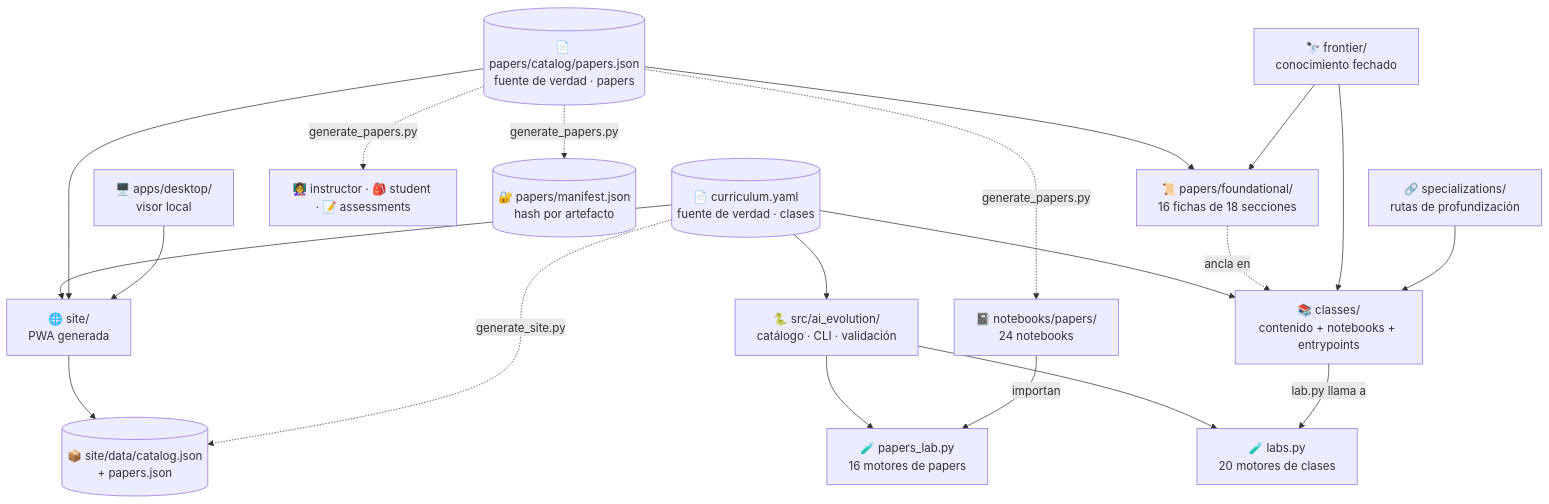
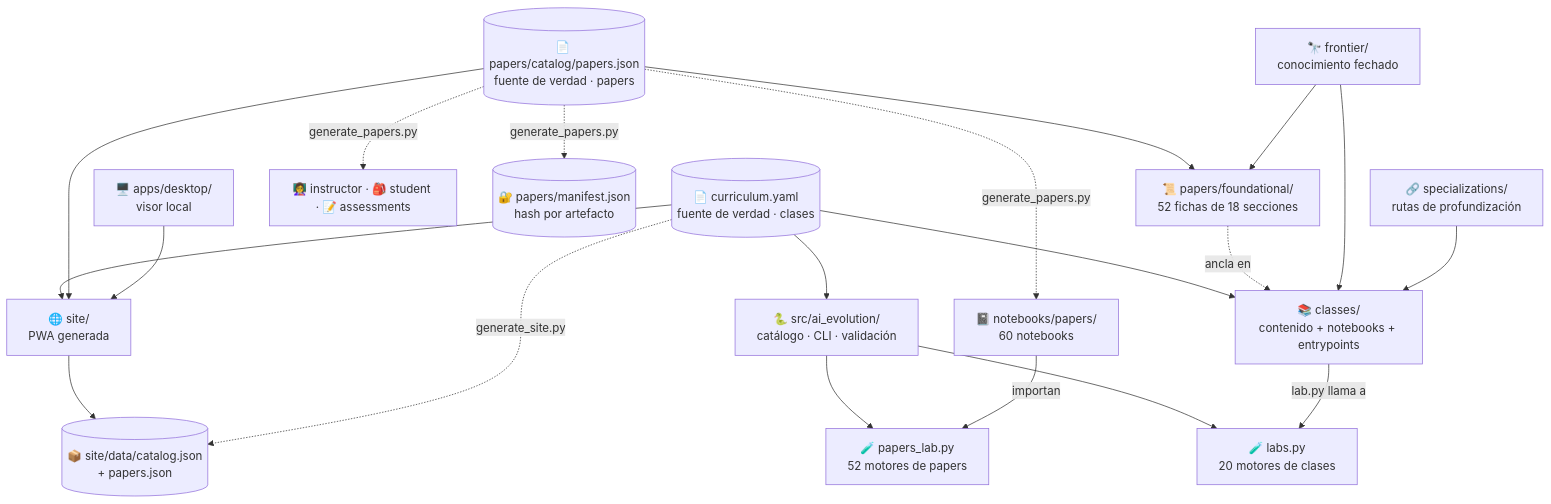
Before and after one commit to vladimiracunadev-create/artificial-intelligence-evolution-program: the diagram in docs/ARCHITECTURE.md, drawn with Mermaid. The commit also changed other lines of this file and 180 other files, not shown here.

First line of the commit message:
v0.8.0: el eje de papers queda completo en 52 fichas + barrido de coherencia

````diff
--- a/docs/ARCHITECTURE.md
+++ b/docs/ARCHITECTURE.md
@@ -9,24 +9,24 @@
 ```mermaid
 flowchart TD
     CUR[("📄 curriculum.yaml<br/>fuente de verdad · clases")] --> CLASSES["📚 classes/<br/>contenido + notebooks + entrypoints"]
     CUR --> SRC["🐍 src/ai_evolution/<br/>catálogo · CLI · validación"]
     CUR --> SITE["🌐 site/<br/>PWA generada"]
     SRC --> LABS["🧪 labs.py<br/>20 motores de clases"]
     CLASSES -->|"lab.py llama a"| LABS
 
-    PAP[("📄 papers/catalog/papers.json<br/>fuente de verdad · papers")] --> FICHAS["📜 papers/foundational/<br/>16 fichas de 18 secciones"]
-    PAP -.->|"generate_papers.py"| NB["📓 notebooks/papers/<br/>24 notebooks"]
+    PAP[("📄 papers/catalog/papers.json<br/>fuente de verdad · papers")] --> FICHAS["📜 papers/foundational/<br/>52 fichas de 18 secciones"]
+    PAP -.->|"generate_papers.py"| NB["📓 notebooks/papers/<br/>60 notebooks"]
     PAP -.->|"generate_papers.py"| AULA["👩‍🏫 instructor · 🎒 student · 📝 assessments"]
     PAP -.->|"generate_papers.py"| MAN[("🔐 papers/manifest.json<br/>hash por artefacto")]
     PAP --> SITE
-    SRC --> PLABS["🧪 papers_lab.py<br/>16 motores de papers"]
+    SRC --> PLABS["🧪 papers_lab.py<br/>52 motores de papers"]
     NB -->|"importan"| PLABS
     FICHAS -.->|"ancla en"| CLASSES
 
     SITE --> CATALOG[("📦 site/data/catalog.json<br/>+ papers.json")]
     CUR -.->|"generate_site.py"| CATALOG
     DESK["🖥️ apps/desktop/<br/>visor local"] --> SITE
     FRONT["🔭 frontier/<br/>conocimiento fechado"] --> CLASSES
     FRONT --> FICHAS
     SPEC["🔗 specializations/<br/>rutas de profundización"] --> CLASSES
 ```
````
